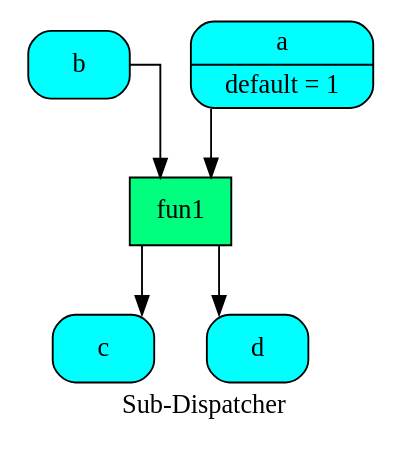
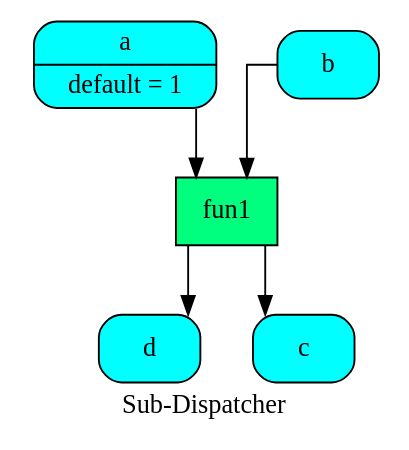
One commit to vinci1it2000/schedula changed the diagram in doc/dispatcher/__init__/get_sub_dsp_from_workflow/sub_dsp1.dot. Above: the diagram before and after it, drawn with Graphviz. The commit also changed 27 other files, not shown here.

```diff
--- a/doc/dispatcher/__init__/get_sub_dsp_from_workflow/sub_dsp1.dot
+++ b/doc/dispatcher/__init__/get_sub_dsp_from_workflow/sub_dsp1.dot
@@ -1,15 +1,15 @@
 digraph "Sub-Dispatcher" {
 	graph [ratio=1]
 	node [style=filled]
+	splines = ortho
 	label = "Sub-Dispatcher"
-	splines = ortho
-		"Sub-Dispatcher_-1993691204919979312" [label="{ b  }" fillcolor=cyan shape=Mrecord]
-		"Sub-Dispatcher_-4631276279473250640" [label="{ c  }" fillcolor=cyan shape=Mrecord]
-		"Sub-Dispatcher_-3502547296849737717" [label="{ d  }" fillcolor=cyan shape=Mrecord]
-		"Sub-Dispatcher_-3294728780683292812" [label="{ fun1  }" fillcolor=springgreen shape=record]
-		"Sub-Dispatcher_-8790407019608196459" [label="{ a | default = 1 }" fillcolor=cyan shape=Mrecord]
-			"Sub-Dispatcher_-1993691204919979312" -> "Sub-Dispatcher_-3294728780683292812"
-			"Sub-Dispatcher_-3294728780683292812" -> "Sub-Dispatcher_-4631276279473250640"
-			"Sub-Dispatcher_-3294728780683292812" -> "Sub-Dispatcher_-3502547296849737717"
-			"Sub-Dispatcher_-8790407019608196459" -> "Sub-Dispatcher_-3294728780683292812"
+		"Sub-Dispatcher_5471397706553619705" [label="{ d  }" fillcolor=cyan shape=Mrecord]
+		"Sub-Dispatcher_6978204315916669291" [label="{ a | default = 1 }" fillcolor=cyan shape=Mrecord]
+		"Sub-Dispatcher_5731122394292607163" [label="{ b  }" fillcolor=cyan shape=Mrecord]
+		"Sub-Dispatcher_5321415535369325078" [label="{ fun1  }" fillcolor=springgreen shape=record]
+		"Sub-Dispatcher_-9068828303841174803" [label="{ c  }" fillcolor=cyan shape=Mrecord]
+			"Sub-Dispatcher_6978204315916669291" -> "Sub-Dispatcher_5321415535369325078"
+			"Sub-Dispatcher_5731122394292607163" -> "Sub-Dispatcher_5321415535369325078"
+			"Sub-Dispatcher_5321415535369325078" -> "Sub-Dispatcher_5471397706553619705"
+			"Sub-Dispatcher_5321415535369325078" -> "Sub-Dispatcher_-9068828303841174803"
 }
```
